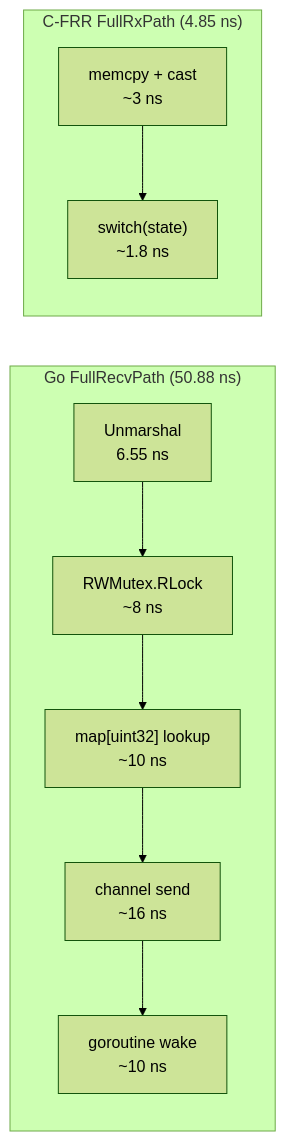
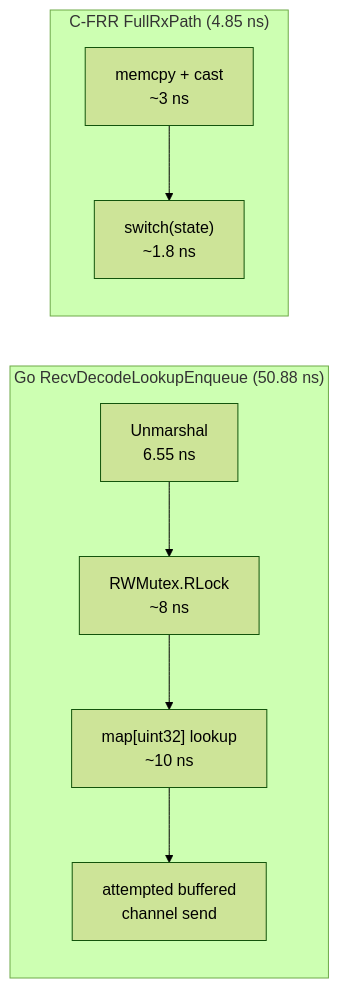
The first of 3 diagrams in docs/en/14-performance-analysis.md (dantte-lp/gobfd), drawn with Mermaid (forest theme) before and after one commit. The commit also changed other lines of this file and 18 other files, not shown here.

````diff
--- a/docs/en/14-performance-analysis.md
+++ b/docs/en/14-performance-analysis.md
@@ -147,13 +158,12 @@
 ```mermaid
 graph LR
-    subgraph "Go FullRecvPath (50.88 ns)"
+    subgraph "Go RecvDecodeLookupEnqueue (50.88 ns)"
         A1["Unmarshal<br/>6.55 ns"] --> A2["RWMutex.RLock<br/>~8 ns"]
         A2 --> A3["map[uint32] lookup<br/>~10 ns"]
-        A3 --> A4["channel send<br/>~16 ns"]
-        A4 --> A5["goroutine wake<br/>~10 ns"]
+        A3 --> A4["attempted buffered<br/>channel send"]
     end
 
     subgraph "C-FRR FullRxPath (4.85 ns)"
         B1["memcpy + cast<br/>~3 ns"] --> B2["switch(state)<br/>~1.8 ns"]
     end
 ```
````
